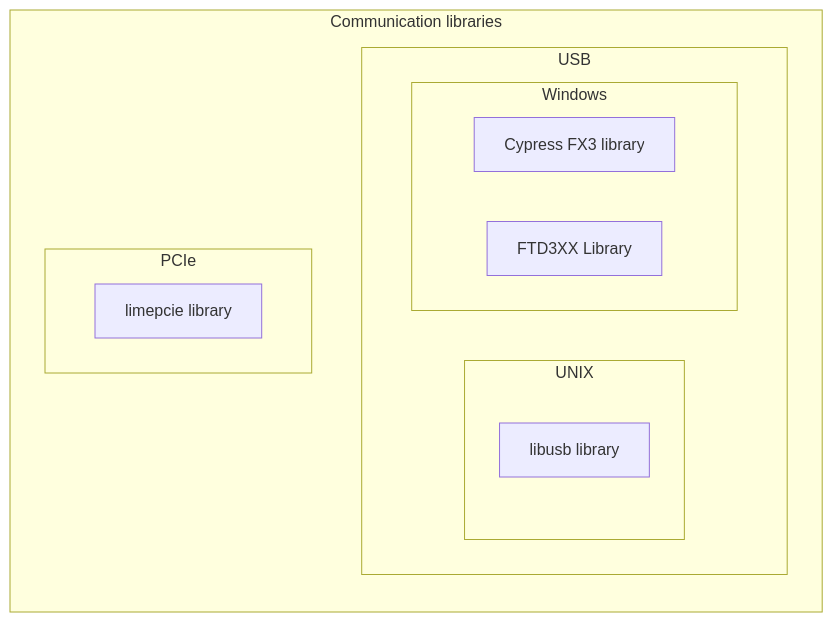
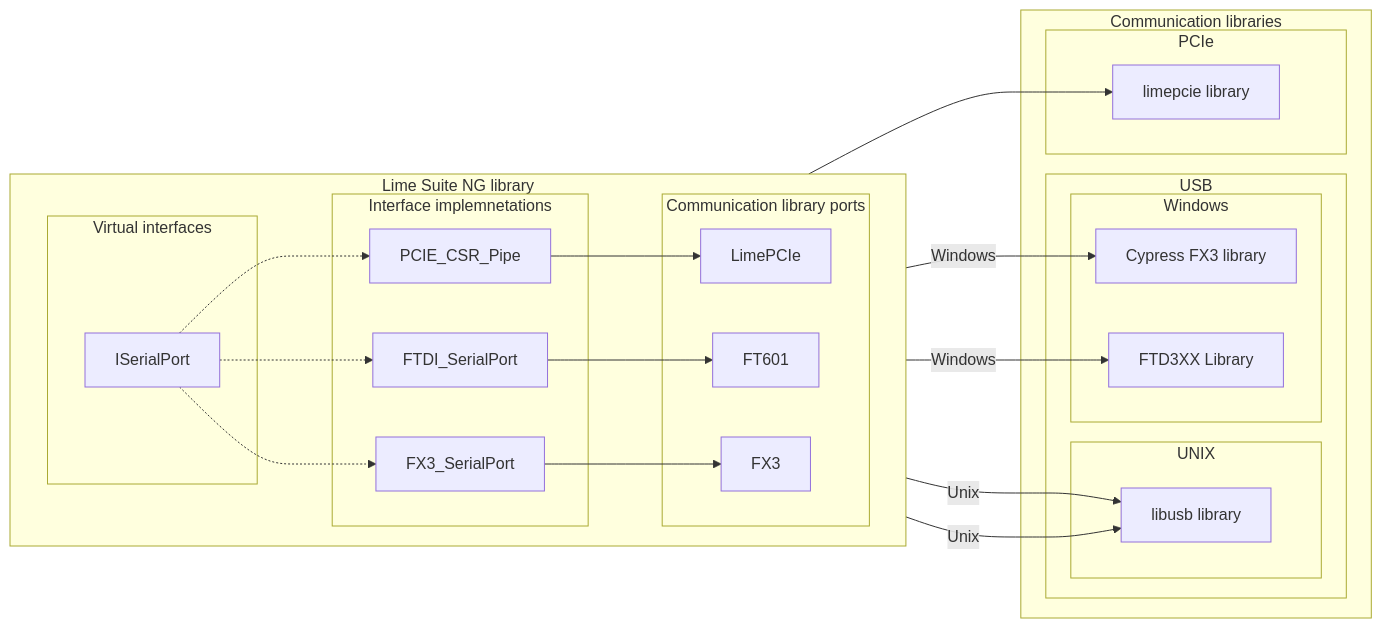
Before and after one commit to myriadrf/LimeSuiteNG: the diagram in docs/developer/Introduction/comms.mmd, drawn with Mermaid.

Commit message:
DOCS: Updated communications flowchart node interconnections.

```diff
--- a/docs/developer/Introduction/comms.mmd
+++ b/docs/developer/Introduction/comms.mmd
@@ -1,15 +1,45 @@
 flowchart LR
     subgraph Communication libraries
         subgraph USB
             subgraph UNIX
                 libusb["libusb library"]
             end
             subgraph Windows
                 Cypress["Cypress FX3 library"]
                 FTD3XX["FTD3XX Library"]
             end
         end
         subgraph PCIe
             limepcie["limepcie library"]
         end
     end
+
+    subgraph Lime Suite NG library
+        direction LR
+        subgraph Virtual interfaces
+            ISerialPort
+        end
+        subgraph Interface implemnetations
+            PCIE_CSR_Pipe
+            FTDI_SerialPort
+            FX3_SerialPort
+        end
+        subgraph Communication library ports
+            LimePCIe
+            FT601
+            FX3
+        end
+    end
+
+    %% Lime Suite NG library subgraph interconnections
+    ISerialPort-.->PCIE_CSR_Pipe & FTDI_SerialPort & FX3_SerialPort
+    PCIE_CSR_Pipe-->LimePCIe
+    FTDI_SerialPort-->FT601
+    FX3_SerialPort-->FX3
+
+    %% Global interconnections
+    LimePCIe-->limepcie
+    FT601-- Windows -->FTD3XX
+    FX3-- Windows -->Cypress
+    FT601-- Unix -->libusb
+    FX3-- Unix -->libusb
```
